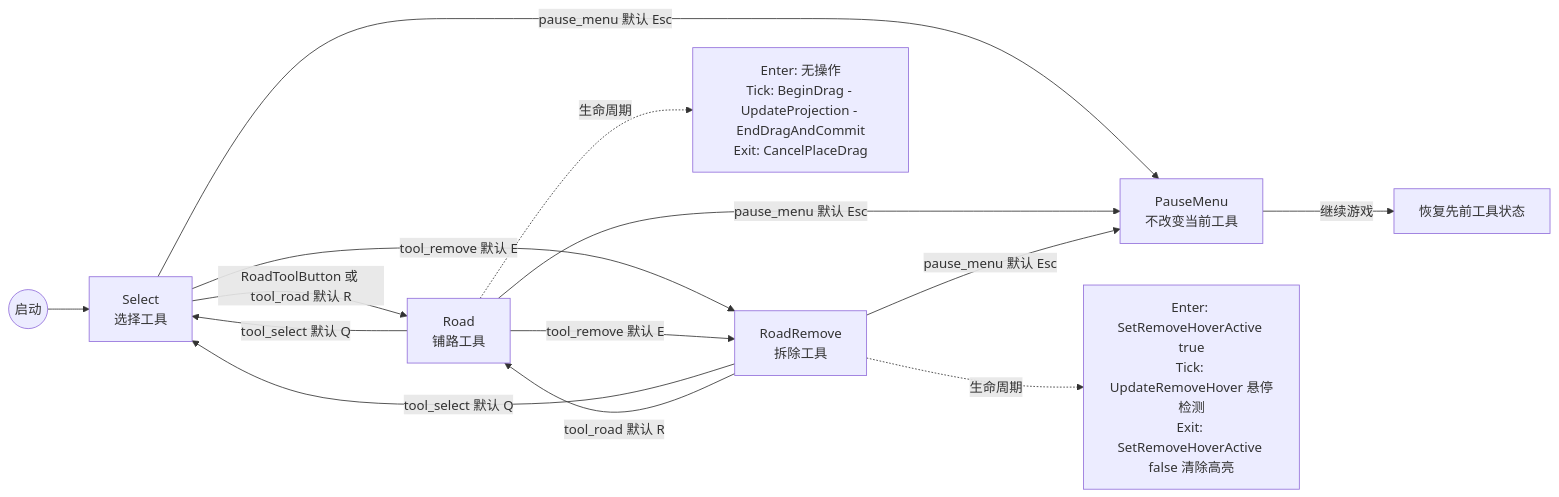
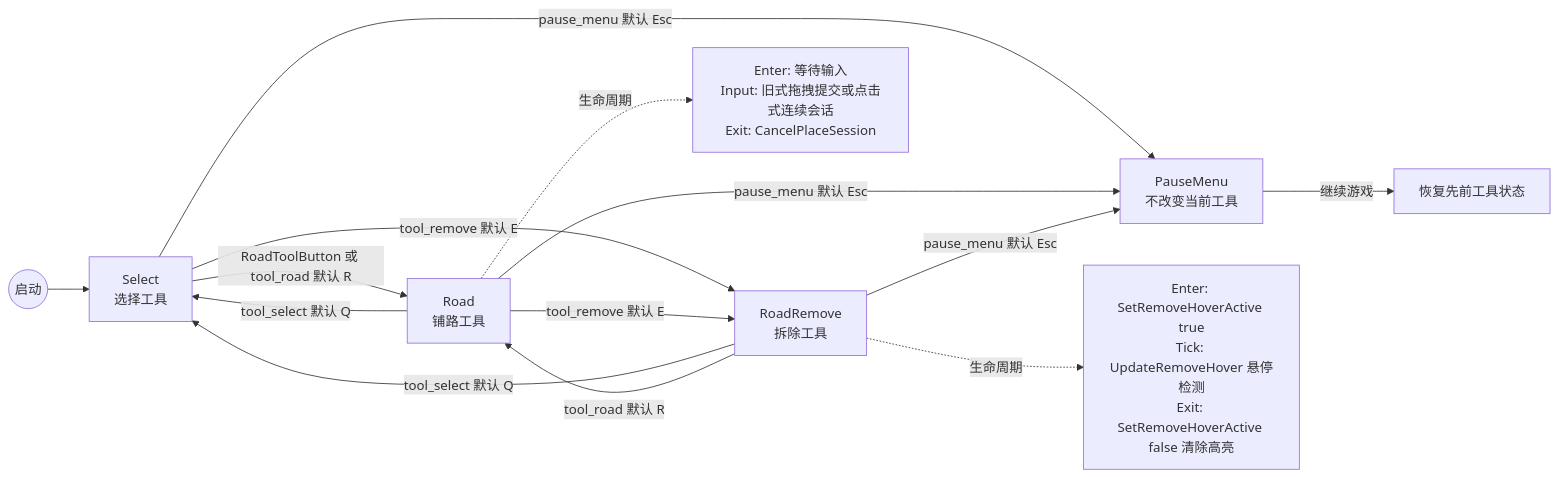
Before and after one commit to xianfishyu/SimpleCities: the fifth of 9 diagrams in docs/reference/game-logic.md, drawn with Mermaid. The commit also changed other lines of this file and 12 other files, not shown here.

````diff
--- a/docs/reference/game-logic.md
+++ b/docs/reference/game-logic.md
@@ -200,19 +201,19 @@
 ```mermaid
 flowchart LR
     Start((启动)) --> Select
 
     Select["Select<br/>选择工具"] -->|RoadToolButton 或 tool_road 默认 R| Road["Road<br/>铺路工具"]
     Select -->|tool_remove 默认 E| Remove["RoadRemove<br/>拆除工具"]
     Road -->|tool_select 默认 Q| Select
     Road -->|tool_remove 默认 E| Remove
     Remove -->|tool_select 默认 Q| Select
     Remove -->|tool_road 默认 R| Road
 
     Select -->|pause_menu 默认 Esc| Pause["PauseMenu<br/>不改变当前工具"]
     Road -->|pause_menu 默认 Esc| Pause
     Remove -->|pause_menu 默认 Esc| Pause
     Pause -->|继续游戏| Previous["恢复先前工具状态"]
 
-    Road -.生命周期.-> RN["Enter: 无操作<br/>Tick: BeginDrag - UpdateProjection - EndDragAndCommit<br/>Exit: CancelPlaceDrag"]
+    Road -.生命周期.-> RN["Enter: 等待输入<br/>Input: 旧式拖拽提交或点击式连续会话<br/>Exit: CancelPlaceSession"]
     Remove -.生命周期.-> RMN["Enter: SetRemoveHoverActive true<br/>Tick: UpdateRemoveHover 悬停检测<br/>Exit: SetRemoveHoverActive false 清除高亮"]
 ```
````
